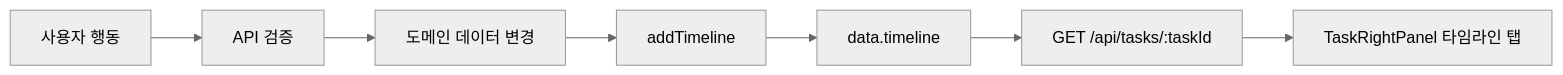
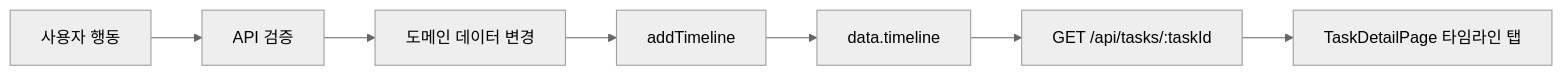
One commit to claire-yunsumin/test changed the diagram in docs/TIMELINE_LIFECYCLE.md. Above: the diagram before and after it, drawn with Mermaid (neutral theme). The commit also changed other lines of this file and 22 other files, not shown here.

````diff
--- a/docs/TIMELINE_LIFECYCLE.md
+++ b/docs/TIMELINE_LIFECYCLE.md
@@ -49,9 +50,9 @@
 ```mermaid
 flowchart LR
   A[사용자 행동] --> B[API 검증]
   B --> C[도메인 데이터 변경]
   C --> D[addTimeline]
   D --> E[data.timeline]
   E --> F[GET /api/tasks/:taskId]
-  F --> G[TaskRightPanel 타임라인 탭]
+  F --> G[TaskDetailPage 타임라인 탭]
 ```
````
